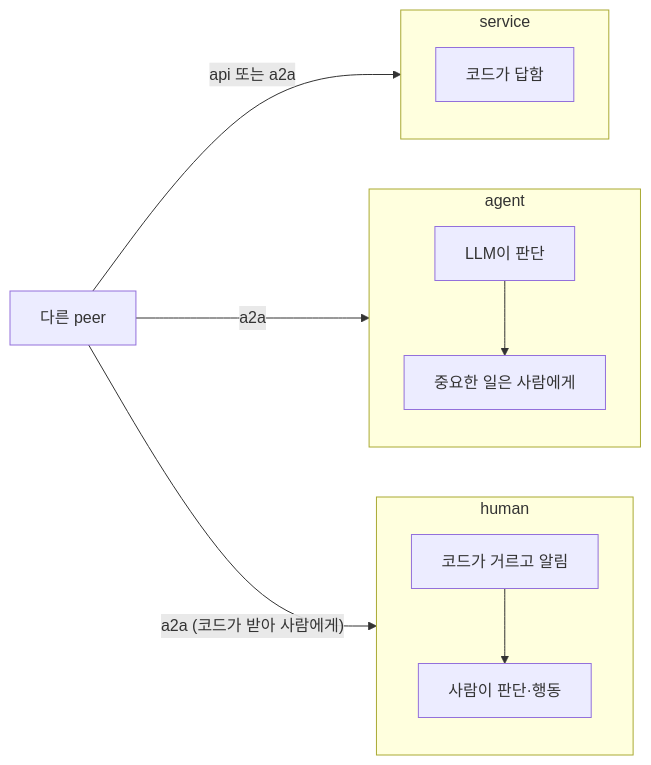
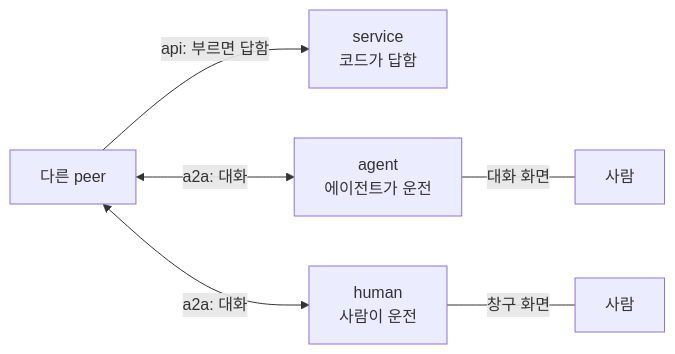
One commit to tanminkwan/share-ur-tokens changed the first of 2 diagrams in dev/peer-spec.md. Above: the diagram before and after it, drawn with Mermaid. The commit also changed other lines of this file and 7 other files, not shown here.

Commit message:
feat: the personal peer's mode (agent or human) sets who drives, independent of the LLM; a human peer's LLM plugin only suggests; the standard: two interfaces (a2a conversation, api serving), who answers is a separate axis

````diff
--- a/dev/peer-spec.md
+++ b/dev/peer-spec.md
@@ -25,15 +47,8 @@
 ```mermaid
 flowchart LR
-    subgraph S["service"]
-        SC["코드가 답함"]
-    end
-    subgraph A["agent"]
-        AL["LLM이 판단"] --> AO["중요한 일은 사람에게"]
-    end
-    subgraph H["human"]
-        HC["코드가 거르고 알림"] --> HP["사람이 판단·행동"]
-    end
-    X["다른 peer"] -->|"api 또는 a2a"| S
-    X -->|"a2a"| A
-    X -->|"a2a (코드가 받아 사람에게)"| H
+    X["다른 peer"] -->|"api: 부르면 답함"| S["service<br/>코드가 답함"]
+    X <-->|"a2a: 대화"| A["agent<br/>에이전트가 운전"]
+    X <-->|"a2a: 대화"| H["human<br/>사람이 운전"]
+    A ---|"대화 화면"| PA["사람"]
+    H ---|"창구 화면"| PH["사람"]
 ```
````
